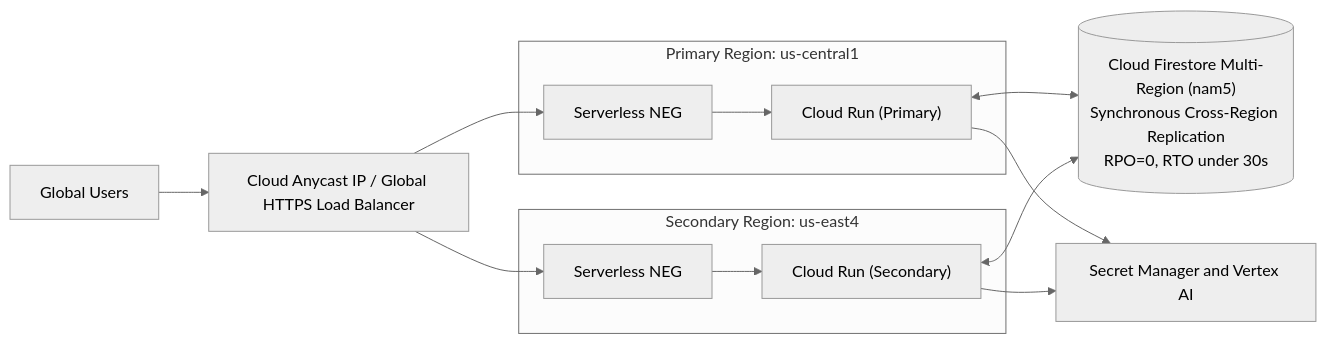
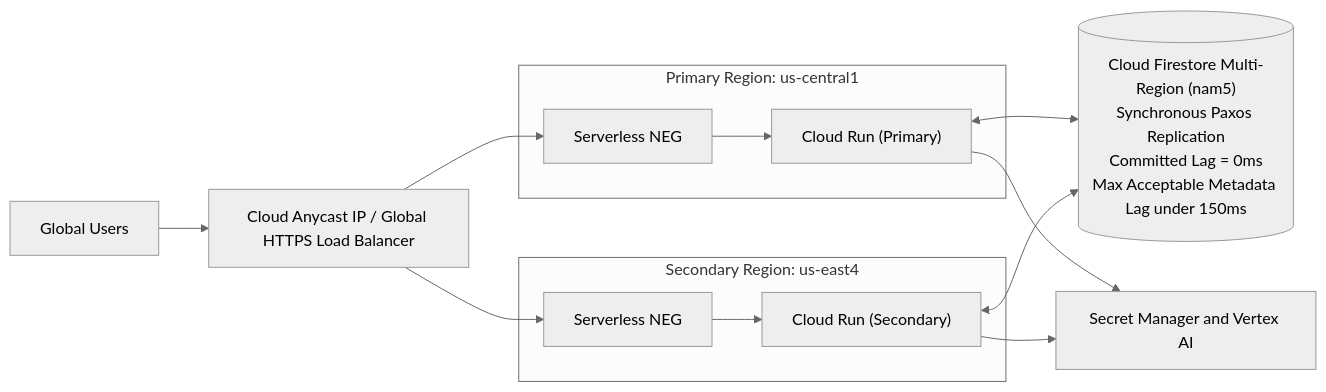
Before and after one commit to randyh0329/PRJ-ELEVATE-C1-G5: the third of 12 diagrams in Enterprise Agentic Solution Design Document - MVP 1.md, drawn with Mermaid (neutral theme). The commit also changed other lines of this file, not shown here.

````diff
--- a/Enterprise Agentic Solution Design Document - MVP 1.md
+++ b/Enterprise Agentic Solution Design Document - MVP 1.md
@@ -157,18 +158,18 @@
 ```mermaid
 flowchart LR
     Users["Global Users"] --> AnycastIP["Cloud Anycast IP / Global HTTPS Load Balancer"]
     
     subgraph RegionPrimary["Primary Region: us-central1"]
         GLB1["Serverless NEG"] --> CR_Primary["Cloud Run (Primary)"]
     end
     
     subgraph RegionSecondary["Secondary Region: us-east4"]
         GLB2["Serverless NEG"] --> CR_Secondary["Cloud Run (Secondary)"]
     end
     
     AnycastIP --> GLB1
     AnycastIP --> GLB2
     
-    CR_Primary & CR_Secondary <--> MultiRegionFS[("Cloud Firestore Multi-Region (nam5)<br>Synchronous Cross-Region Replication<br>RPO=0, RTO under 30s")]
+    CR_Primary & CR_Secondary <--> MultiRegionFS[("Cloud Firestore Multi-Region (nam5)<br>Synchronous Paxos Replication<br>Committed Lag = 0ms<br>Max Acceptable Metadata Lag under 150ms")]
     CR_Primary & CR_Secondary --> GlobalVault["Secret Manager and Vertex AI"]
 ```
````
